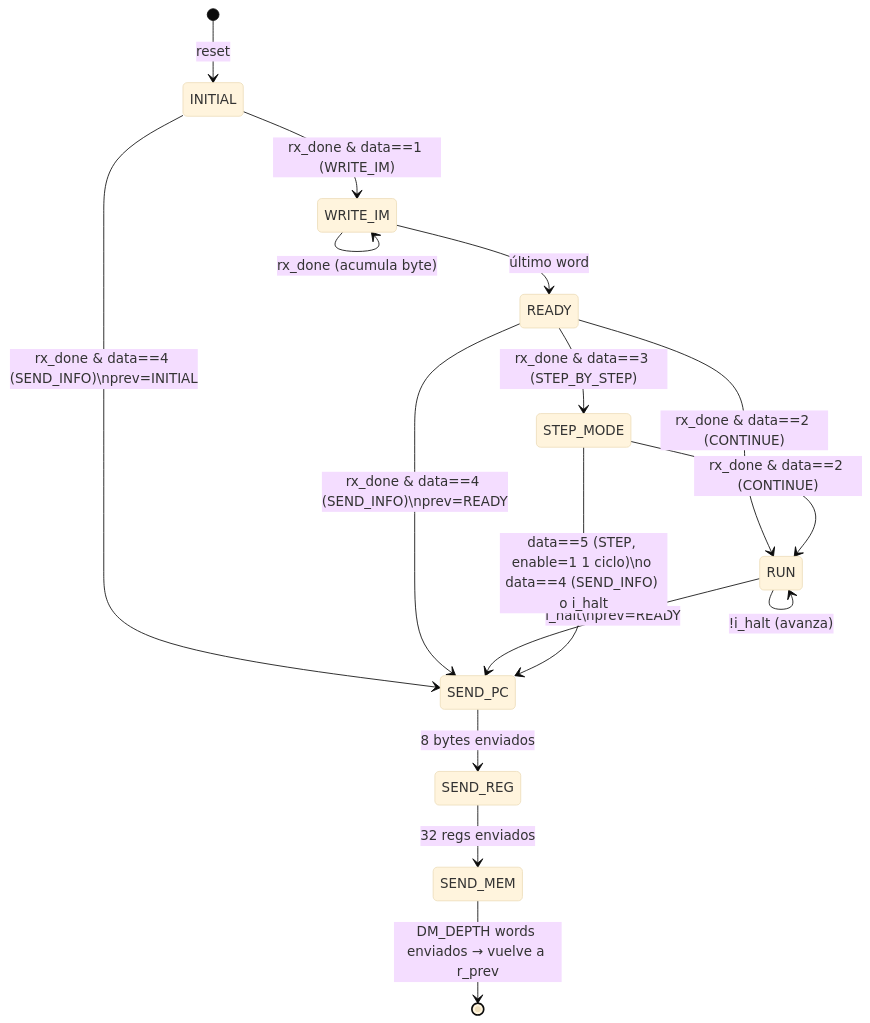
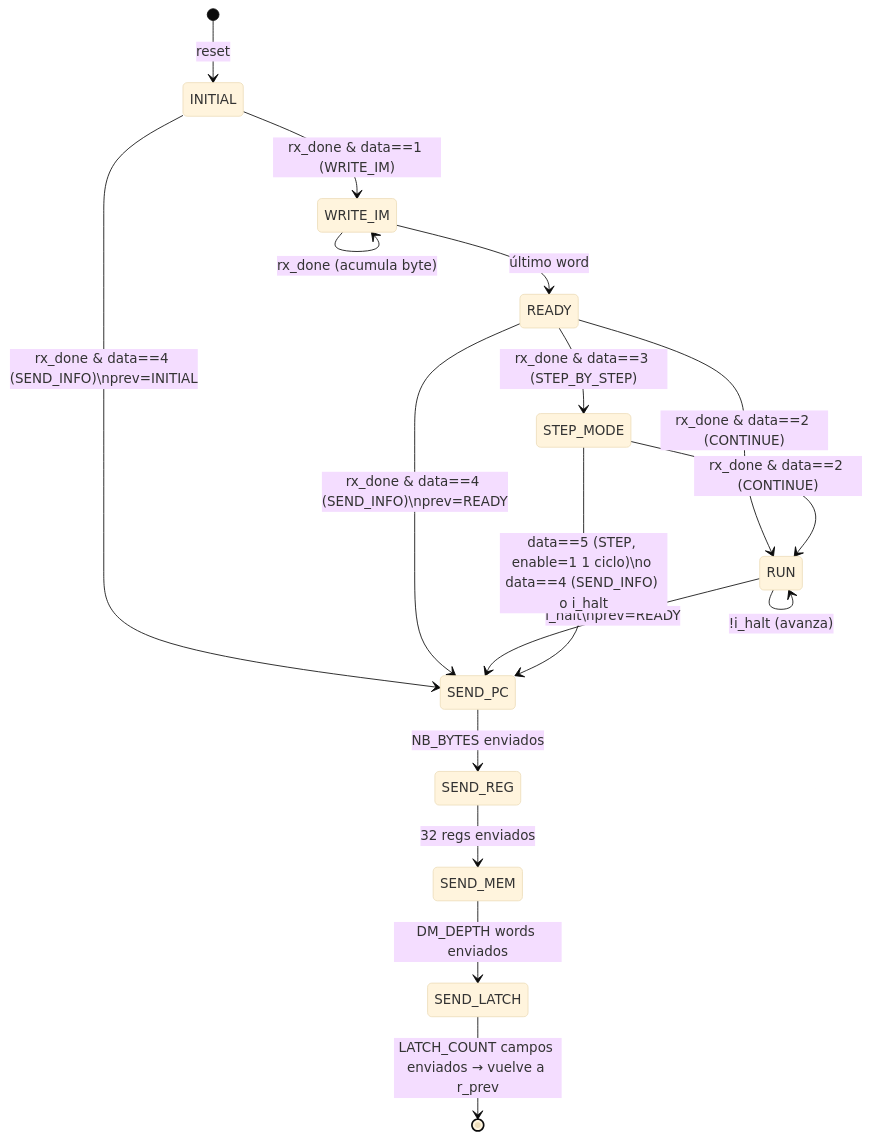
Before and after one commit to agustinhernando2/tp-final-risc-v-pipeline-processor: the third of 6 diagrams in docs/utils/DEBUG_UNIT.md, drawn with Mermaid (base theme). The commit also changed other lines of this file and 11 other files, not shown here.

````diff
--- a/docs/utils/DEBUG_UNIT.md
+++ b/docs/utils/DEBUG_UNIT.md
@@ -222,18 +256,19 @@
 ```mermaid
 stateDiagram-v2
     [*] --> INITIAL : reset
     INITIAL  --> WRITE_IM : rx_done & data==1 (WRITE_IM)
     INITIAL  --> SEND_PC  : rx_done & data==4 (SEND_INFO)\nprev=INITIAL
     WRITE_IM --> WRITE_IM : rx_done (acumula byte)
     WRITE_IM --> READY    : último word
     READY    --> RUN      : rx_done & data==2 (CONTINUE)
     READY    --> STEP_MODE: rx_done & data==3 (STEP_BY_STEP)
     READY    --> SEND_PC  : rx_done & data==4 (SEND_INFO)\nprev=READY
     RUN      --> RUN      : !i_halt (avanza)
     RUN      --> SEND_PC  : i_halt\nprev=READY
     STEP_MODE--> SEND_PC  : data==5 (STEP, enable=1 1 ciclo)\no data==4 (SEND_INFO) o i_halt
     STEP_MODE--> RUN      : rx_done & data==2 (CONTINUE)
-    SEND_PC  --> SEND_REG : 8 bytes enviados
-    SEND_REG --> SEND_MEM : 32 regs enviados
-    SEND_MEM --> [*]      : DM_DEPTH words enviados → vuelve a r_prev
+    SEND_PC   --> SEND_REG  : NB_BYTES enviados
+    SEND_REG  --> SEND_MEM  : 32 regs enviados
+    SEND_MEM  --> SEND_LATCH: DM_DEPTH words enviados
+    SEND_LATCH--> [*]       : LATCH_COUNT campos enviados → vuelve a r_prev
 ```
````
